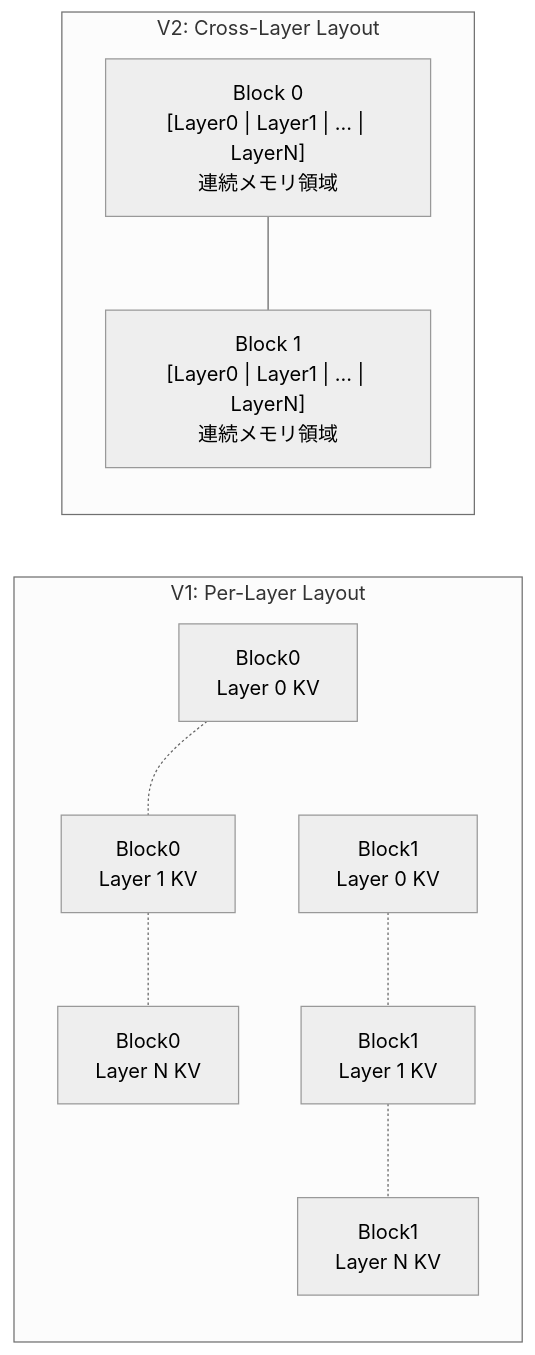
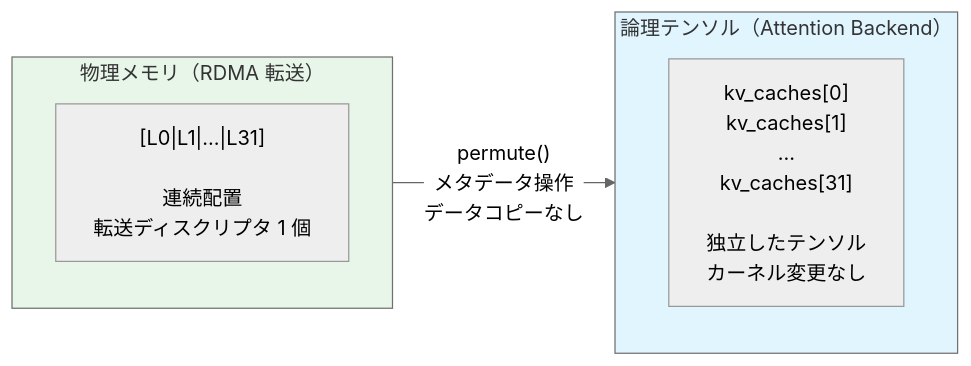
Before and after one commit to littlemex/zenn: diagram 11 of 11 in articles/d2ed7115cf4578.md, drawn with Mermaid (neutral theme). The commit also changed other lines of this file, not shown here.

````diff
--- a/articles/d2ed7115cf4578.md
+++ b/articles/d2ed7115cf4578.md
@@ -722,27 +515,15 @@
 ```mermaid
 graph LR
-    subgraph "V1: Per-Layer Layout"
-        direction TB
-        B0L0["Block0<br/>Layer 0 KV"]
-        B0L1["Block0<br/>Layer 1 KV"]
-        B0LN["Block0<br/>Layer N KV"]
-        B1L0["Block1<br/>Layer 0 KV"]
-        B1L1["Block1<br/>Layer 1 KV"]
-        B1LN["Block1<br/>Layer N KV"]
-
-        B0L0 -.- B0L1
-        B0L1 -.- B0LN
-        B1L0 -.- B1L1
-        B1L1 -.- B1LN
-
-        B0L0 ~~~ B1L0
+    subgraph Physical["物理メモリ（RDMA 転送）"]
+        P["[L0|L1|...|L31]<br/><br/>連続配置<br/>転送ディスクリプタ 1 個"]
     end
 
-    subgraph "V2: Cross-Layer Layout"
-        direction TB
-        CB0["Block 0<br/>[Layer0 | Layer1 | ... | LayerN]<br/>連続メモリ領域"]
-        CB1["Block 1<br/>[Layer0 | Layer1 | ... | LayerN]<br/>連続メモリ領域"]
+    subgraph Logic["論理テンソル（Attention Backend）"]
+        L["kv_caches[0]<br/>kv_caches[1]<br/>...<br/>kv_caches[31]<br/><br/>独立したテンソル<br/>カーネル変更なし"]
+    end
 
-        CB0 --- CB1
-    end
+    Physical -->|"permute()<br/>メタデータ操作<br/>データコピーなし"| Logic
+
+    style Physical fill: #e8f5e9
+    style Logic fill: #e1f5ff
 ```
````
